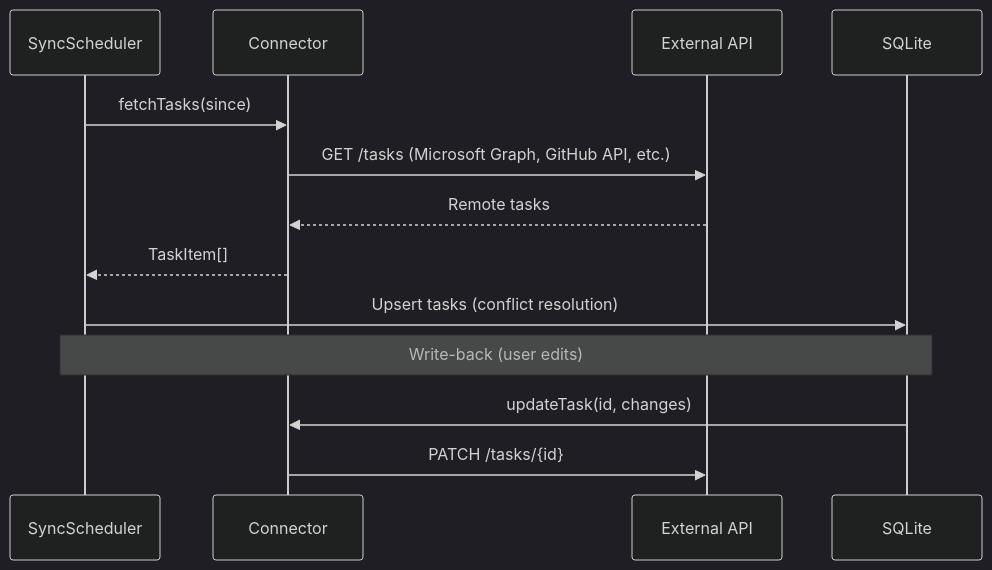
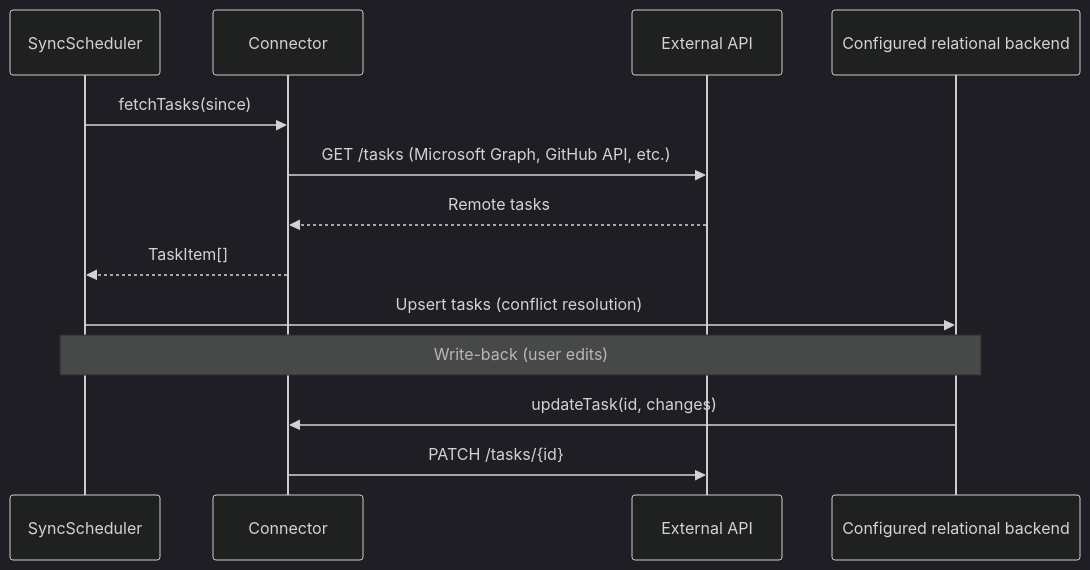
The second of 2 diagrams in docs/architecture/task-sync-integration.md (rsocko/mission-control), drawn with Mermaid (dark theme) before and after one commit. The commit also changed other lines of this file and 11 other files, not shown here.

Commit message:
docs: align architecture with PostgreSQL decision

````diff
--- a/docs/architecture/task-sync-integration.md
+++ b/docs/architecture/task-sync-integration.md
@@ -152,17 +157,17 @@
 ```mermaid
 sequenceDiagram
     participant Cron as SyncScheduler
     participant Conn as Connector
     participant API as External API
-    participant DB as SQLite
+    participant DB as Configured relational backend
 
     Cron->>Conn: fetchTasks(since)
     Conn->>API: GET /tasks (Microsoft Graph, GitHub API, etc.)
     API-->>Conn: Remote tasks
     Conn-->>Cron: TaskItem[]
     Cron->>DB: Upsert tasks (conflict resolution)
     
     Note over Cron,DB: Write-back (user edits)
     DB->>Conn: updateTask(id, changes)
     Conn->>API: PATCH /tasks/{id}
 ```
````
